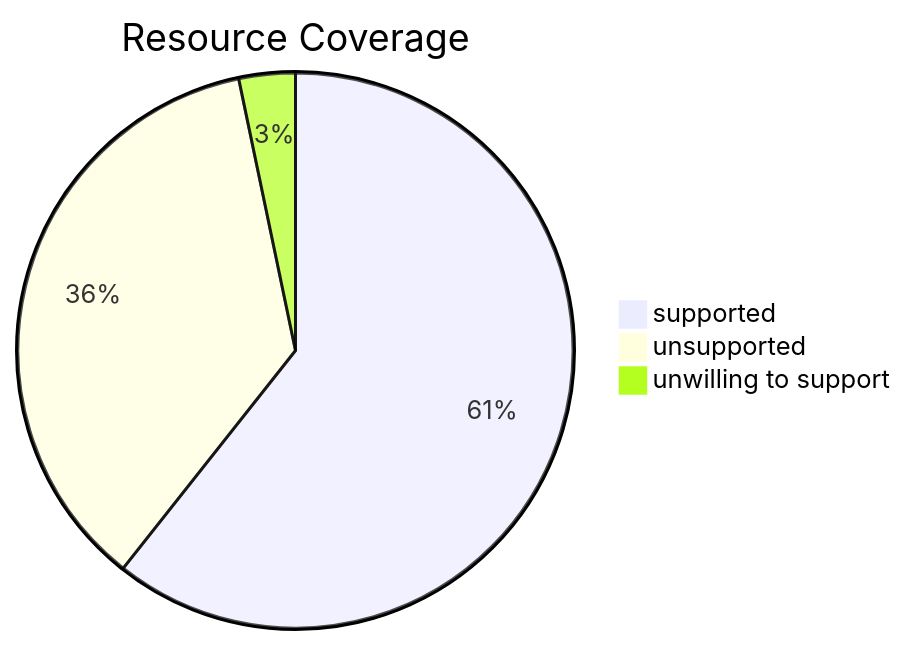
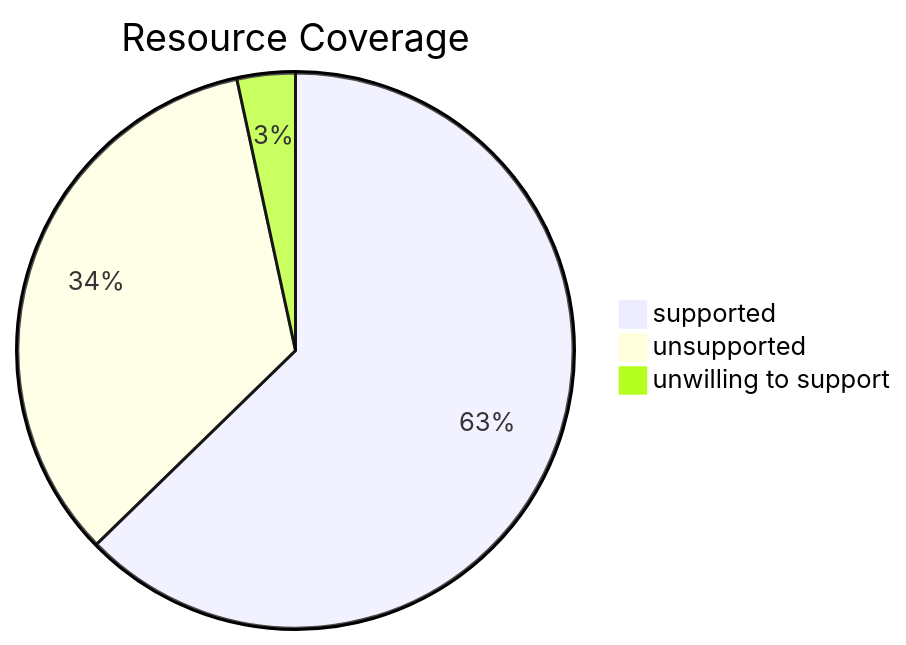
One commit to lassoColombo/nuke changed the diagram in README.md. Above: the diagram before and after it, drawn with Mermaid. The commit also changed other lines of this file, not shown here.

````diff
--- a/README.md
+++ b/README.md
@@ -153,7 +153,7 @@
 ```mermaid
 pie title Resource Coverage
     "supported" : 37
-    "unsupported" : 22
+    "unsupported" : 20
     "unwilling to support" : 2
 
 ```
````
